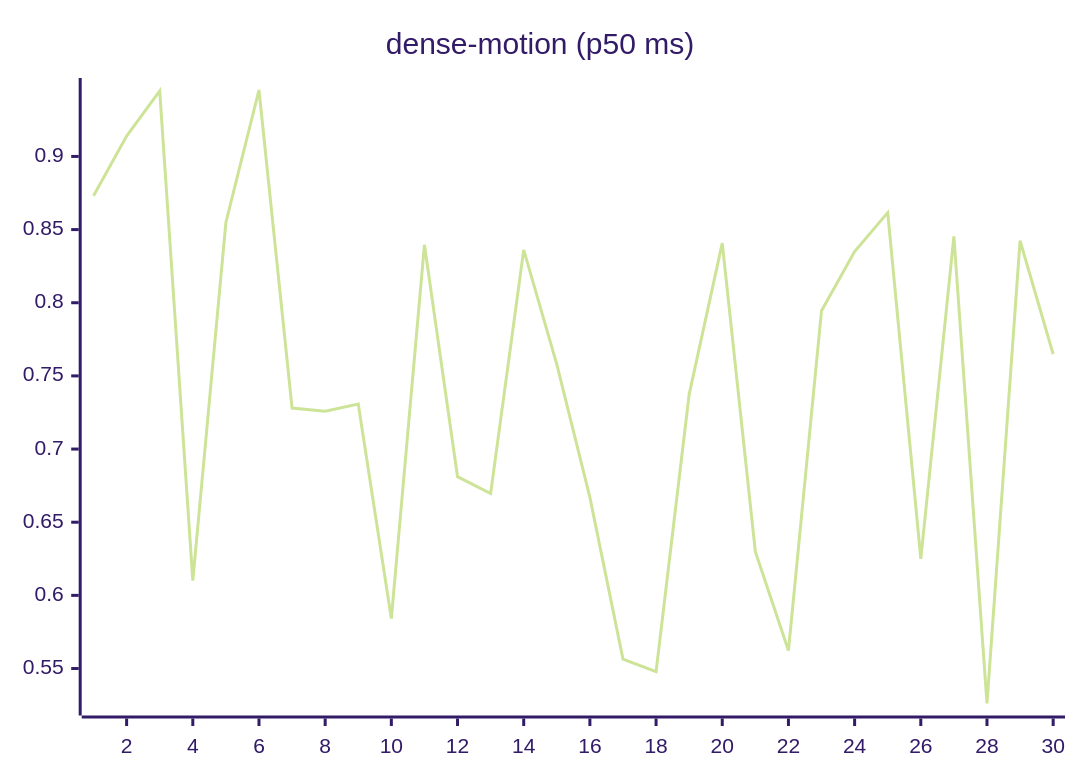
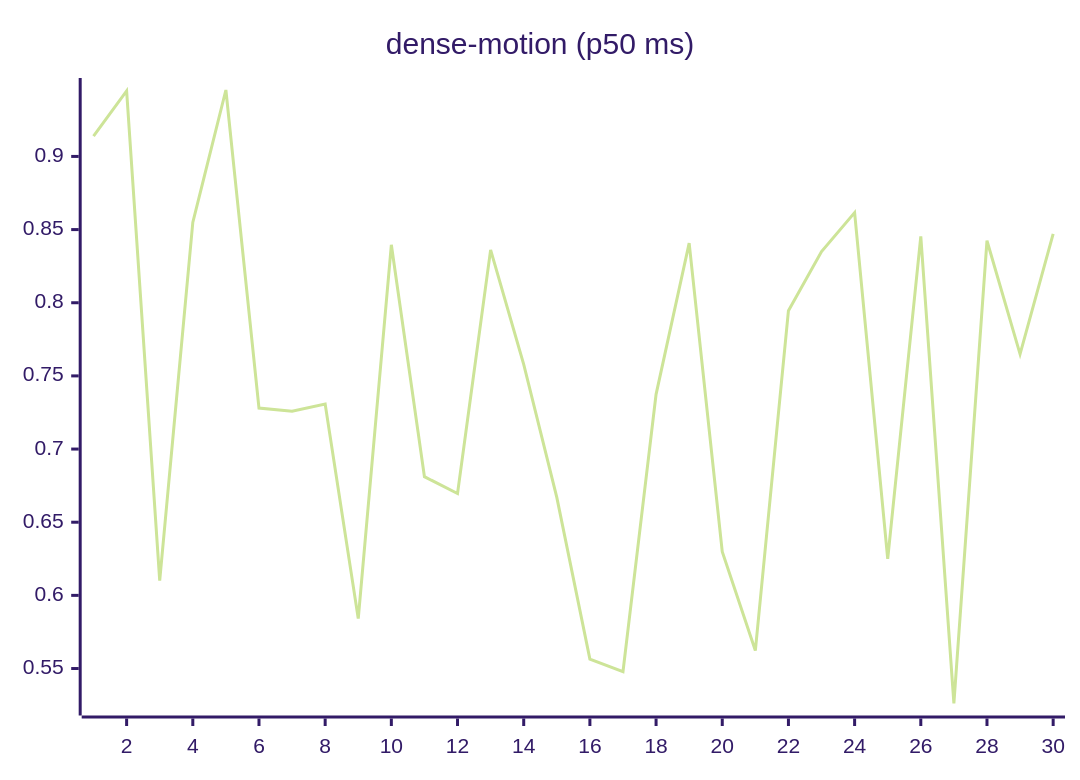
One commit to josha/Facet changed the ninth of 27 diagrams in README.md. Above: the diagram before and after it, drawn with Mermaid (forest theme). The commit also changed other lines of this file and 2 other files, not shown here.

````diff
--- a/README.md
+++ b/README.md
@@ -119,6 +119,6 @@
 ```mermaid
 xychart-beta
     title "dense-motion (p50 ms)"
     x-axis 1 --> 30
-    line [0.8731, 0.9139, 0.9448, 0.6101, 0.8549, 0.9454, 0.7280, 0.7259, 0.7307, 0.5841, 0.8396, 0.6811, 0.6696, 0.8361, 0.7579, 0.6670, 0.5564, 0.5479, 0.7374, 0.8407, 0.6299, 0.5623, 0.7946, 0.8350, 0.8616, 0.6249, 0.8453, 0.5261, 0.8424, 0.7649]
+    line [0.9139, 0.9448, 0.6101, 0.8549, 0.9454, 0.7280, 0.7259, 0.7307, 0.5841, 0.8396, 0.6811, 0.6696, 0.8361, 0.7579, 0.6670, 0.5564, 0.5479, 0.7374, 0.8407, 0.6299, 0.5623, 0.7946, 0.8350, 0.8616, 0.6249, 0.8453, 0.5261, 0.8424, 0.7649, 0.8471]
 ```
````
